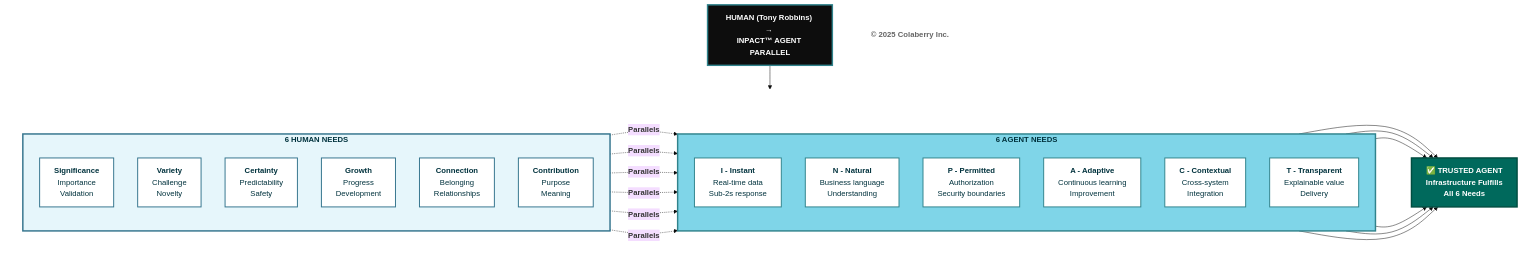
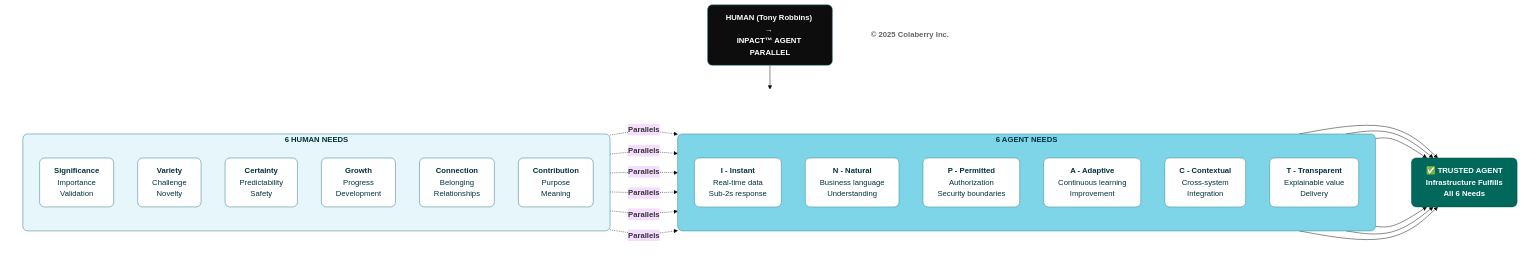
The third of 12 diagrams in manuscript/03_chapter_2_inpact_framework.md (colaberry/trust-before-intelligence-book), drawn with Mermaid (base theme) before and after one commit. The commit also changed other lines of this file and 12 other files, not shown here.

````diff
--- a/manuscript/03_chapter_2_inpact_framework.md
+++ b/manuscript/03_chapter_2_inpact_framework.md
@@ -126,72 +126,72 @@
 ```mermaid
 graph TB
     TITLE["<b>HUMAN (Tony Robbins) → <br/>INPACT™ AGENT PARALLEL</b>"]
     
     TITLE --> ROW
     
     subgraph ROW[" "]
         direction LR
         
         subgraph HUMAN["<b>6 HUMAN NEEDS </b>"]
             direction TB
             H1["<b>Significance</b><br/>Importance<br/>Validation"]
             H2["<b>Variety</b><br/>Challenge<br/>Novelty"]
             H3["<b>Certainty</b><br/>Predictability<br/>Safety"]
             H4["<b>Growth</b><br/>Progress<br/>Development"]
             H5["<b>Connection</b><br/>Belonging<br/>Relationships"]
             H6["<b>Contribution</b><br/>Purpose<br/>Meaning"]
         end
         
         subgraph AGENT["<b>6 AGENT NEEDS</b>"]
             direction TB
             A1["<b>I - Instant</b><br/>Real-time data<br/>Sub-2s response"]
             A2["<b>N - Natural</b><br/>Business language<br/>Understanding"]
             A3["<b>P - Permitted</b><br/>Authorization<br/>Security boundaries"]
             A4["<b>A - Adaptive</b><br/>Continuous learning<br/>Improvement"]
             A5["<b>C - Contextual</b><br/>Cross-system<br/>Integration"]
             A6["<b>T - Transparent</b><br/>Explainable value<br/>Delivery"]
         end
         
         TRUST["<b>✅ TRUSTED AGENT</b><br/><b>Infrastructure Fulfills <br/>All 6 Needs</b>"]
         
         H1 -.->|<b>Parallels</b>| A1
         H2 -.->|<b>Parallels</b>| A2
         H3 -.->|<b>Parallels</b>| A3
         H4 -.->|<b>Parallels</b>| A4
         H5 -.->|<b>Parallels</b>| A5
         H6 -.->|<b>Parallels</b>| A6
         
         A1 --> TRUST
         A2 --> TRUST
         A3 --> TRUST
         A4 --> TRUST
         A5 --> TRUST
         A6 --> TRUST
     end
     
     COPYRIGHT["<b>© 2025 Colaberry Inc.</b>"]
     
-    style TITLE fill:#0D0D0D,color:#ffffff,stroke:#30838C,stroke-width:3px
+    style TITLE fill:#0D0D0D,color:#ffffff,stroke:#30838C,stroke-width:1px,rx:10,ry:10
     
     style ROW fill:#ffffff,stroke:none
     
-    style HUMAN fill:#E6F6FB,stroke:#32738C,stroke-width:3px,color:#00323D
-    style H1 fill:#ffffff,stroke:#32738C,stroke-width:2px,color:#00323D
-    style H2 fill:#ffffff,stroke:#32738C,stroke-width:2px,color:#00323D
-    style H3 fill:#ffffff,stroke:#32738C,stroke-width:2px,color:#00323D
-    style H4 fill:#ffffff,stroke:#32738C,stroke-width:2px,color:#00323D
-    style H5 fill:#ffffff,stroke:#32738C,stroke-width:2px,color:#00323D
-    style H6 fill:#ffffff,stroke:#32738C,stroke-width:2px,color:#00323D
+    style HUMAN fill:#E6F6FB,stroke:#32738C,stroke-width:1px,color:#00323D,rx:10,ry:10
+    style H1 fill:#ffffff,stroke:#32738C,stroke-width:1px,color:#00323D,rx:10,ry:10
+    style H2 fill:#ffffff,stroke:#32738C,stroke-width:1px,color:#00323D,rx:10,ry:10
+    style H3 fill:#ffffff,stroke:#32738C,stroke-width:1px,color:#00323D,rx:10,ry:10
+    style H4 fill:#ffffff,stroke:#32738C,stroke-width:1px,color:#00323D,rx:10,ry:10
+    style H5 fill:#ffffff,stroke:#32738C,stroke-width:1px,color:#00323D,rx:10,ry:10
+    style H6 fill:#ffffff,stroke:#32738C,stroke-width:1px,color:#00323D,rx:10,ry:10
 
-    style AGENT fill:#7FD5E8,stroke:#30838C,stroke-width:3px,color:#00323D
-    style A1 fill:#ffffff,stroke:#30838C,stroke-width:2px,color:#00323D
-    style A2 fill:#ffffff,stroke:#30838C,stroke-width:2px,color:#00323D
-    style A3 fill:#ffffff,stroke:#30838C,stroke-width:2px,color:#00323D
-    style A4 fill:#ffffff,stroke:#30838C,stroke-width:2px,color:#00323D
-    style A5 fill:#ffffff,stroke:#30838C,stroke-width:2px,color:#00323D
-    style A6 fill:#ffffff,stroke:#30838C,stroke-width:2px,color:#00323D
+    style AGENT fill:#7FD5E8,stroke:#30838C,stroke-width:1px,color:#00323D,rx:10,ry:10
+    style A1 fill:#ffffff,stroke:#30838C,stroke-width:1px,color:#00323D,rx:10,ry:10
+    style A2 fill:#ffffff,stroke:#30838C,stroke-width:1px,color:#00323D,rx:10,ry:10
+    style A3 fill:#ffffff,stroke:#30838C,stroke-width:1px,color:#00323D,rx:10,ry:10
+    style A4 fill:#ffffff,stroke:#30838C,stroke-width:1px,color:#00323D,rx:10,ry:10
+    style A5 fill:#ffffff,stroke:#30838C,stroke-width:1px,color:#00323D,rx:10,ry:10
+    style A6 fill:#ffffff,stroke:#30838C,stroke-width:1px,color:#00323D,rx:10,ry:10
     
-    style TRUST fill:#00695c,color:#ffffff,stroke:#004d40,stroke-width:3px
+    style TRUST fill:#00695c,color:#ffffff,stroke:#004d40,stroke-width:1px,rx:10,ry:10
     
-    style COPYRIGHT fill:#ffffff,stroke:none,color:#666666
+    style COPYRIGHT fill:none,stroke:none,color:#666666
 ```
````
